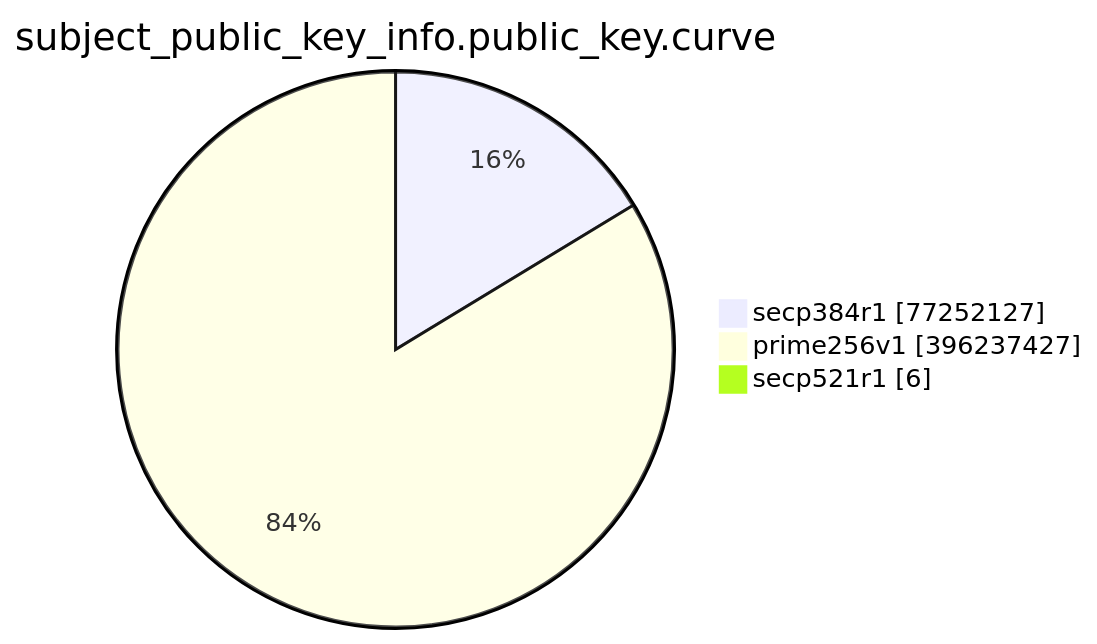
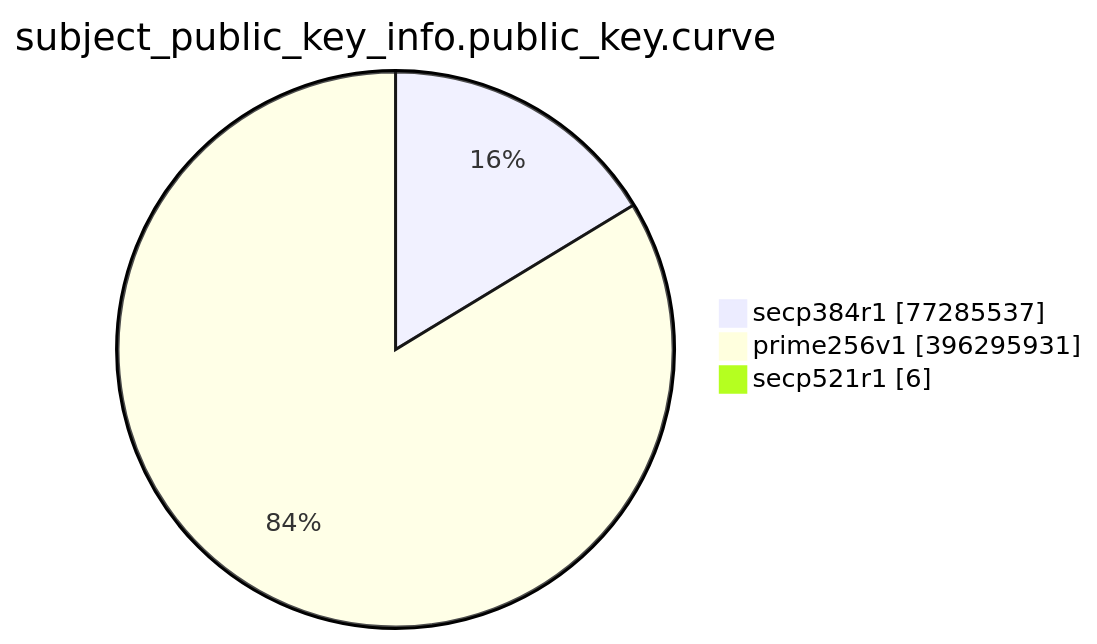
One commit to christiankrug/ctmonitor_visualization changed the eighth of 15 diagrams in TOTAL/README.md. Above: the diagram before and after it, drawn with Mermaid. The commit also changed other lines of this file, not shown here.

````diff
--- a/TOTAL/README.md
+++ b/TOTAL/README.md
@@ -3095,7 +3095,7 @@
 ```mermaid
 pie showData
 title subject_public_key_info.public_key.curve
-"secp384r1" :77252127
-"prime256v1" :396237427
+"secp384r1" :77285537
+"prime256v1" :396295931
 "secp521r1" :6
 ```
````
